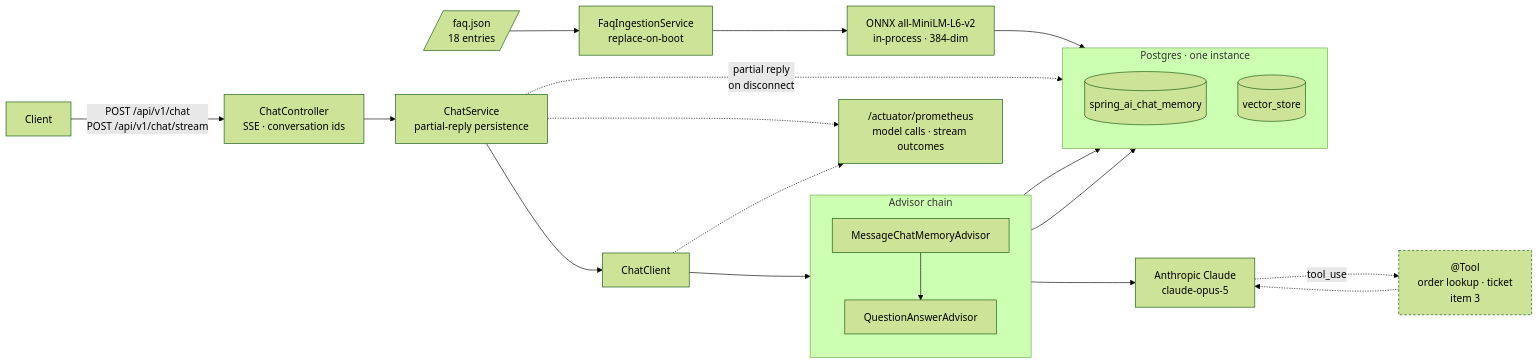
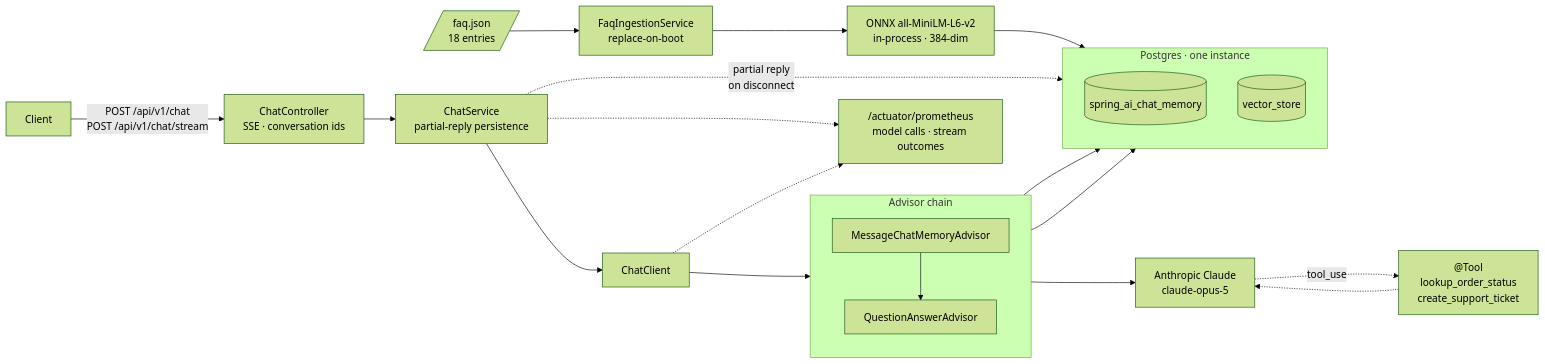
One commit to lai3d/ai-customer-service-java changed the first of 2 diagrams in README.md. Above: the diagram before and after it, drawn with Mermaid (forest theme). The commit also changed other lines of this file and 13 other files, not shown here.

````diff
--- a/README.md
+++ b/README.md
@@ -22,48 +22,46 @@
 ```mermaid
 flowchart LR
     Client["Client"]
     Ctl["ChatController<br/>SSE · conversation ids"]
     Svc["ChatService<br/>partial-reply persistence"]
     CC["ChatClient"]
 
     subgraph Chain["Advisor chain"]
         direction TB
         Mem["MessageChatMemoryAdvisor"]
         QA["QuestionAnswerAdvisor"]
         Mem --> QA
     end
 
     Claude["Anthropic Claude<br/>claude-opus-5"]
-    Tools["@Tool<br/>order lookup · ticket<br/>item 3"]
+    Tools["@Tool<br/>lookup_order_status<br/>create_support_ticket"]
 
     subgraph PG["Postgres · one instance"]
         direction TB
         CM[("spring_ai_chat_memory")]
         VS[("vector_store")]
     end
 
     Ingest["FaqIngestionService<br/>replace-on-boot"]
     Corpus[/"faq.json<br/>18 entries"/]
     Embed["ONNX all-MiniLM-L6-v2<br/>in-process · 384-dim"]
     Prom["/actuator/prometheus<br/>model calls · stream outcomes"]
 
     Client -->|"POST /api/v1/chat<br/>POST /api/v1/chat/stream"| Ctl
     Ctl --> Svc
     Svc --> CC
     CC --> Chain
     Chain --> Claude
     Claude -.->|"tool_use"| Tools
     Tools -.-> Claude
 
     Mem --> CM
     QA --> VS
     Corpus --> Ingest
     Ingest --> Embed
     Embed --> VS
     Svc -.->|"partial reply<br/>on disconnect"| CM
     Svc -.-> Prom
     CC -.-> Prom
 
-    classDef pending stroke-dasharray: 4 3;
-    class Tools pending;
 ```
````
